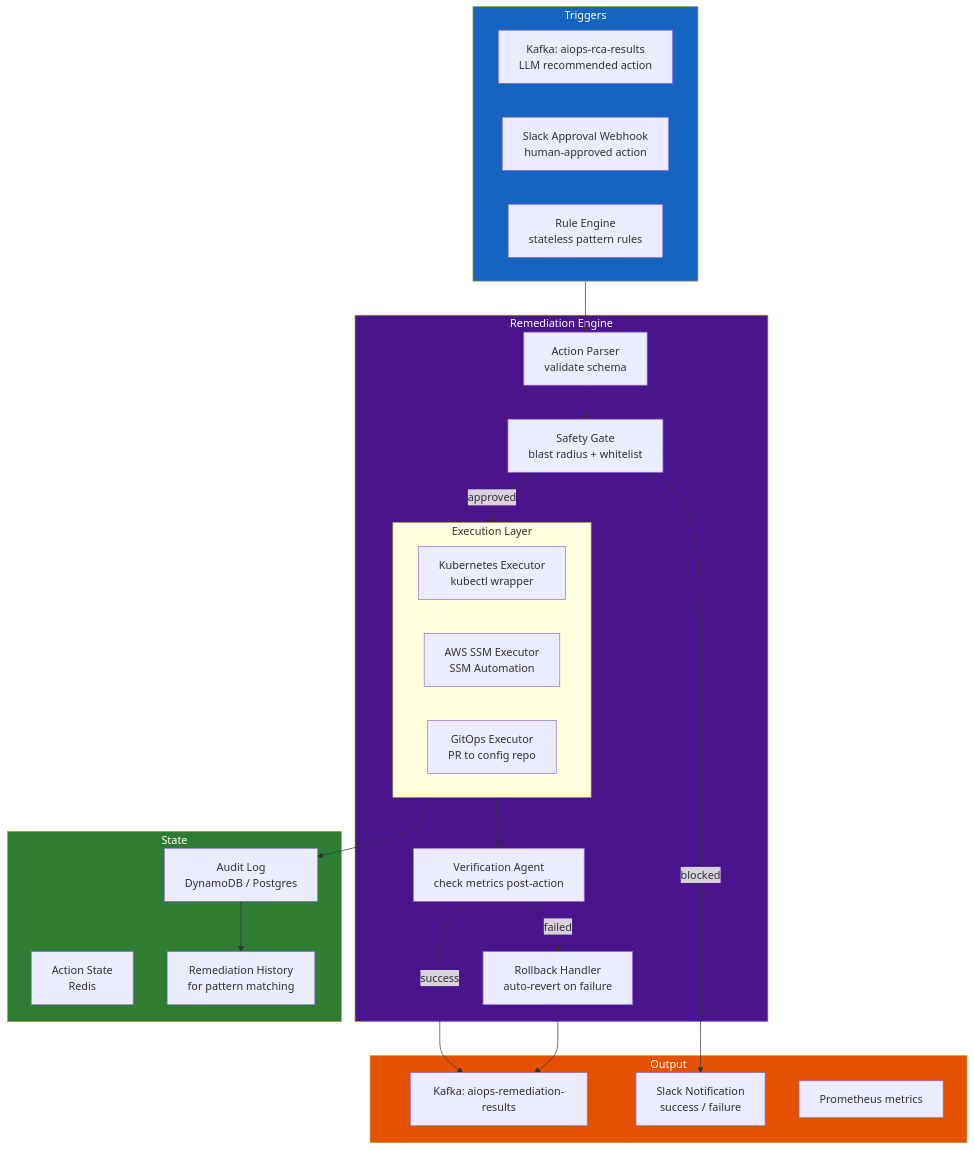
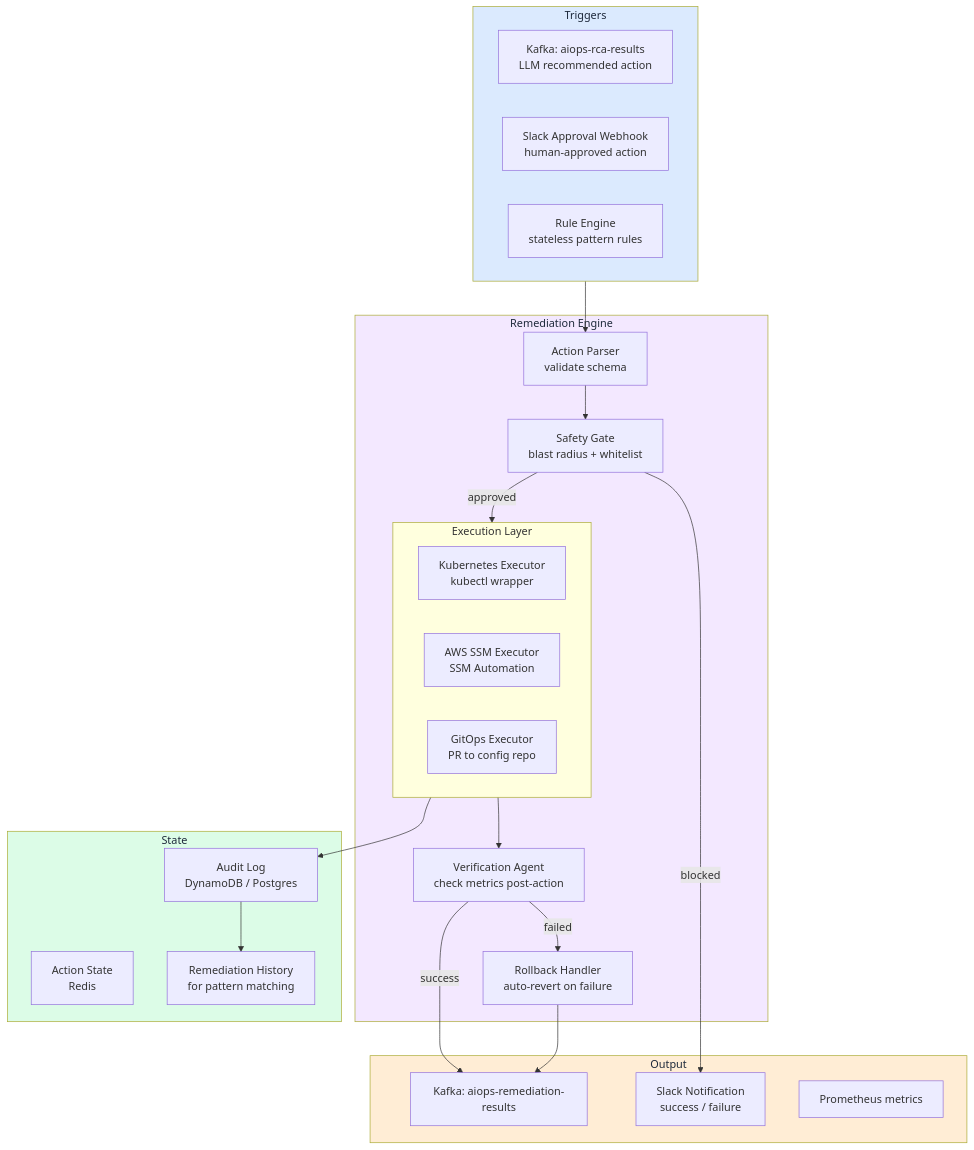
The diagram in docs/en/12-remediation/README.md (XUanhoa04/aiops-engineering-handbook), drawn with Mermaid before and after one commit. The commit also changed other lines of this file and 39 other files, not shown here.

First line of the commit message:
docs: concept-first Ch.08-12, collapse code, soft Mermaid colors

````diff
--- a/docs/en/12-remediation/README.md
+++ b/docs/en/12-remediation/README.md
@@ -138,49 +157,49 @@
 ```mermaid
 flowchart TD
     subgraph Trigger["Triggers"]
         KAFKA[Kafka: aiops-rca-results\nLLM recommended action]
         WEBHOOK[Slack Approval Webhook\nhuman-approved action]
         RULE[Rule Engine\nstateless pattern rules]
     end
 
     subgraph Engine["Remediation Engine"]
         PARSE[Action Parser\nvalidate schema]
         GATE[Safety Gate\nblast radius + whitelist]
         
         subgraph Execution["Execution Layer"]
             K8S[Kubernetes Executor\nkubectl wrapper]
             SSM[AWS SSM Executor\nSSM Automation]
             GITOPS[GitOps Executor\nPR to config repo]
         end
         
         VERIFY[Verification Agent\ncheck metrics post-action]
         ROLLBACK[Rollback Handler\nauto-revert on failure]
     end
 
     subgraph Storage["State"]
         AUDIT[Audit Log\nDynamoDB / Postgres]
         STATE[Action State\nRedis]
         HISTORY[Remediation History\nfor pattern matching]
     end
 
     subgraph Output["Output"]
         RESULT[Kafka: aiops-remediation-results]
         NOTIFY[Slack Notification\nsuccess / failure]
         PROM[Prometheus metrics]
     end
 
     Trigger --> PARSE --> GATE
     GATE -->|approved| Execution
     GATE -->|blocked| NOTIFY
     Execution --> VERIFY
     VERIFY -->|success| RESULT
     VERIFY -->|failed| ROLLBACK
     ROLLBACK --> RESULT
     Execution --> AUDIT
     AUDIT --> HISTORY
 
-    style Trigger fill:#1565c0,color:#fff
-    style Engine fill:#4a148c,color:#fff
-    style Storage fill:#2e7d32,color:#fff
-    style Output fill:#e65100,color:#fff
+    style Trigger fill:#dbeafe,color:#1e293b
+    style Engine fill:#f3e8ff,color:#1e293b
+    style Storage fill:#dcfce7,color:#1e293b
+    style Output fill:#ffedd5,color:#1e293b
 ```
````
